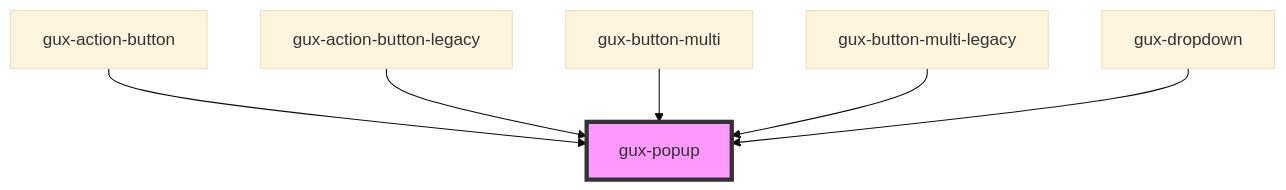
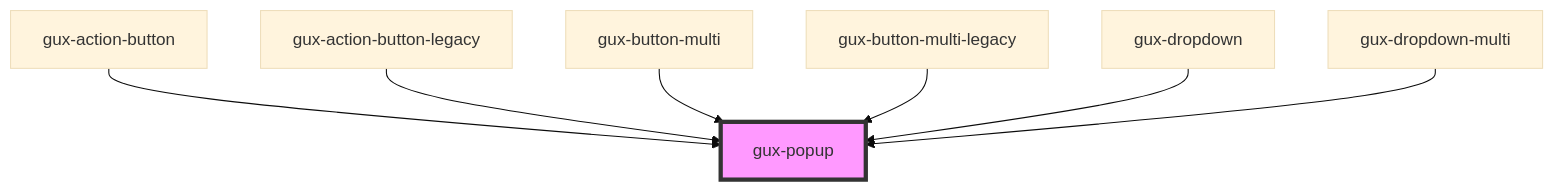
One commit to ouyuxuan/genesys-webcomponents changed the diagram in src/components/stable/gux-popup/readme.md. Above: the diagram before and after it, drawn with Mermaid (base theme). The commit also changed other lines of this file and 87 other files, not shown here.

Commit message:
feat(gux-dropdown-multi): add new multi select component

````diff
--- a/src/components/stable/gux-popup/readme.md
+++ b/src/components/stable/gux-popup/readme.md
@@ -35,9 +36,10 @@
 ```mermaid
 graph TD;
   gux-action-button --> gux-popup
   gux-action-button-legacy --> gux-popup
   gux-button-multi --> gux-popup
   gux-button-multi-legacy --> gux-popup
   gux-dropdown --> gux-popup
+  gux-dropdown-multi --> gux-popup
   style gux-popup fill:#f9f,stroke:#333,stroke-width:4px
 ```
````
